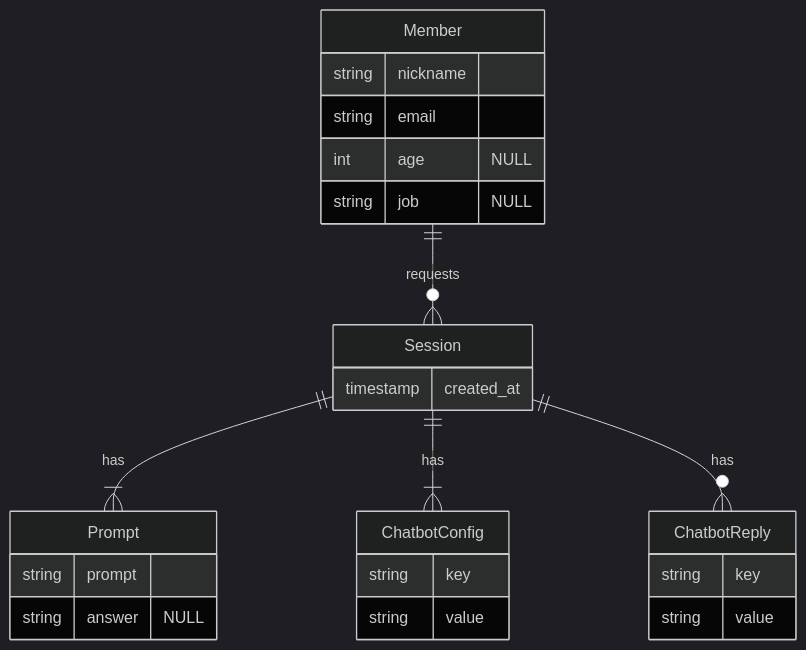
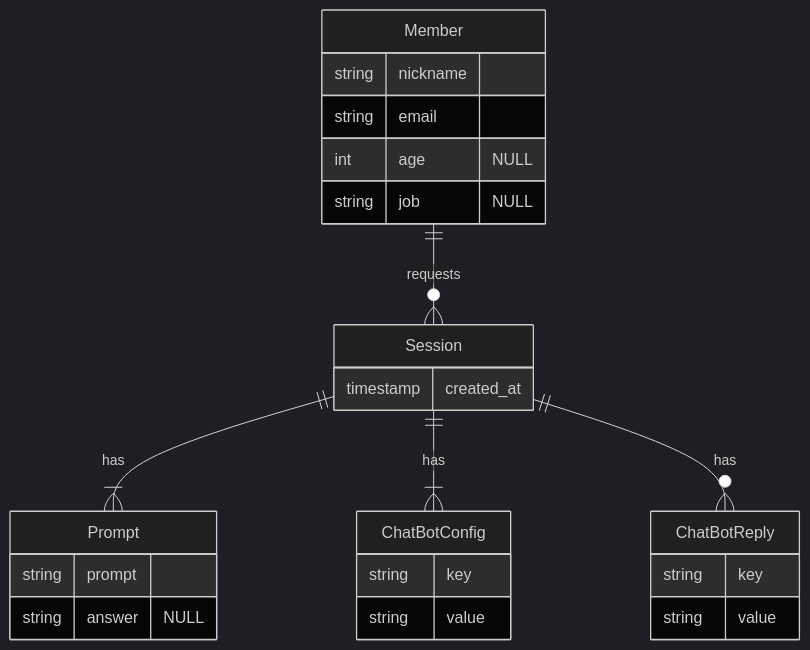
Before and after one commit to ChoiWheatley/ChoiWheatley.github.io: the third of 3 diagrams in docs/3차 프로젝트, ChatGPT를 이용한 챗봇 애플리케이션 - estsoft {Django, DRF}.md, drawn with Mermaid (dark theme). The commit also changed other lines of this file, not shown here.

````diff
--- a/docs/3차 프로젝트, ChatGPT를 이용한 챗봇 애플리케이션 - estsoft {Django, DRF}.md
+++ b/docs/3차 프로젝트, ChatGPT를 이용한 챗봇 애플리케이션 - estsoft {Django, DRF}.md
@@ -162,33 +170,33 @@
 ```mermaid
 erDiagram
 	Member ||--o{ Session : requests
 	Session ||--|{ Prompt : has
-	Session ||--|{ ChatbotConfig : has
-	Session ||--o{ ChatbotReply : has
+	Session ||--|{ ChatBotConfig : has
+	Session ||--o{ ChatBotReply : has
 
 	Member {
 		string nickname
 		string email
 		int age "NULL"
 		string job "NULL"
 	}
 
 	Session {
 		timestamp created_at
 	}
 
 	Prompt {
 		string prompt
 		string answer "NULL"
 	}
 
-	ChatbotConfig {
+	ChatBotConfig {
 		string key
 		string value
 	}
 
-	ChatbotReply {
+	ChatBotReply {
 		string key
 		string value
 	}
 ```
````
